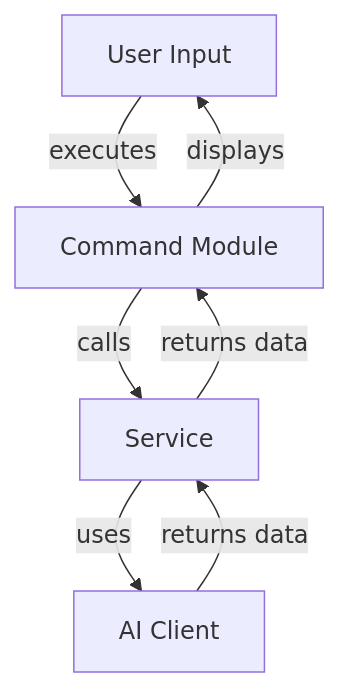
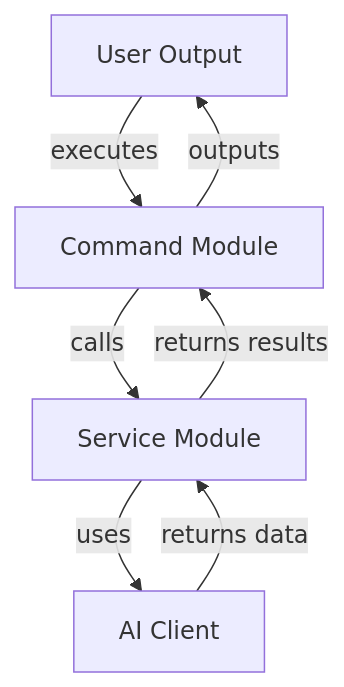
The second of 3 diagrams in docs/architecture.md (geogoesbeepboop/refiner), drawn with Mermaid before and after one commit. The commit also changed other lines of this file and 7 other files, not shown here.

````diff
--- a/docs/architecture.md
+++ b/docs/architecture.md
@@ -123,9 +130,9 @@
 ```mermaid
 graph TD;
-    A[User Input] -->|executes| B[Command Module]
-    B -->|calls| C[Service]
-    C -->|uses| D[AI Client]
-    D -->|returns data| C
-    C -->|returns data| B
-    B -->|displays| A
+    A[User Input] -->|executes| B[Command Module];
+    B -->|calls| C[Service Module];
+    C -->|uses| D[AI Client];
+    D -->|returns data| C;
+    C -->|returns results| B;
+    B -->|outputs| A[User Output];
 ```
````
